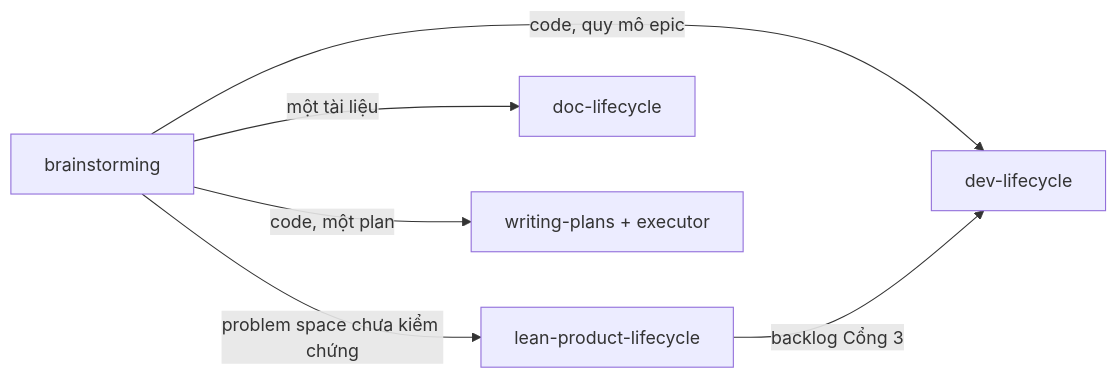
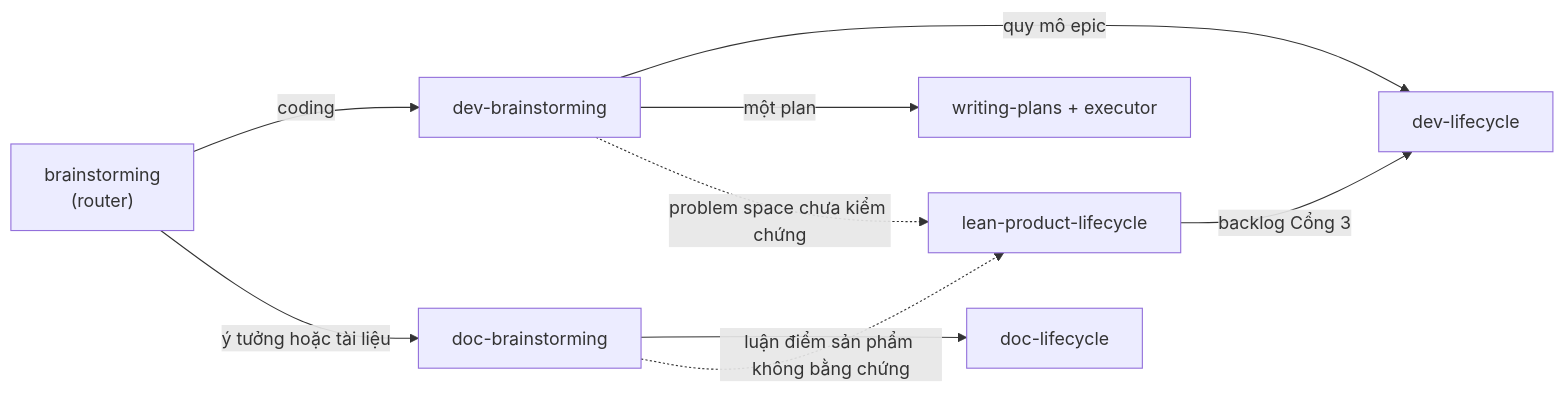
One commit to DanhDue/ai-agent-tools changed the fourth of 4 diagrams in docs/lifecycles.vi.md. Above: the diagram before and after it, drawn with Mermaid. The commit also changed other lines of this file and 5 other files, not shown here.

````diff
--- a/docs/lifecycles.vi.md
+++ b/docs/lifecycles.vi.md
@@ -155,14 +163,19 @@
 ```mermaid
 flowchart LR
-    BS["brainstorming"]
+    BS["brainstorming<br/>(router)"]
+    DEVB["dev-brainstorming"]
+    DOCB["doc-brainstorming"]
     LEAN["lean-product-lifecycle"]
     DEV["dev-lifecycle"]
     DOC["doc-lifecycle"]
     PLANS["writing-plans + executor"]
 
-    BS -->|"problem space chưa kiểm chứng"| LEAN
-    BS -->|"code, quy mô epic"| DEV
-    BS -->|"code, một plan"| PLANS
-    BS -->|"một tài liệu"| DOC
+    BS -->|"coding"| DEVB
+    BS -->|"ý tưởng hoặc tài liệu"| DOCB
+    DEVB -->|"quy mô epic"| DEV
+    DEVB -->|"một plan"| PLANS
+    DOCB --> DOC
+    DEVB -.->|"problem space chưa kiểm chứng"| LEAN
+    DOCB -.->|"luận điểm sản phẩm không bằng chứng"| LEAN
     LEAN -->|"backlog Cổng 3"| DEV
 ```
````
